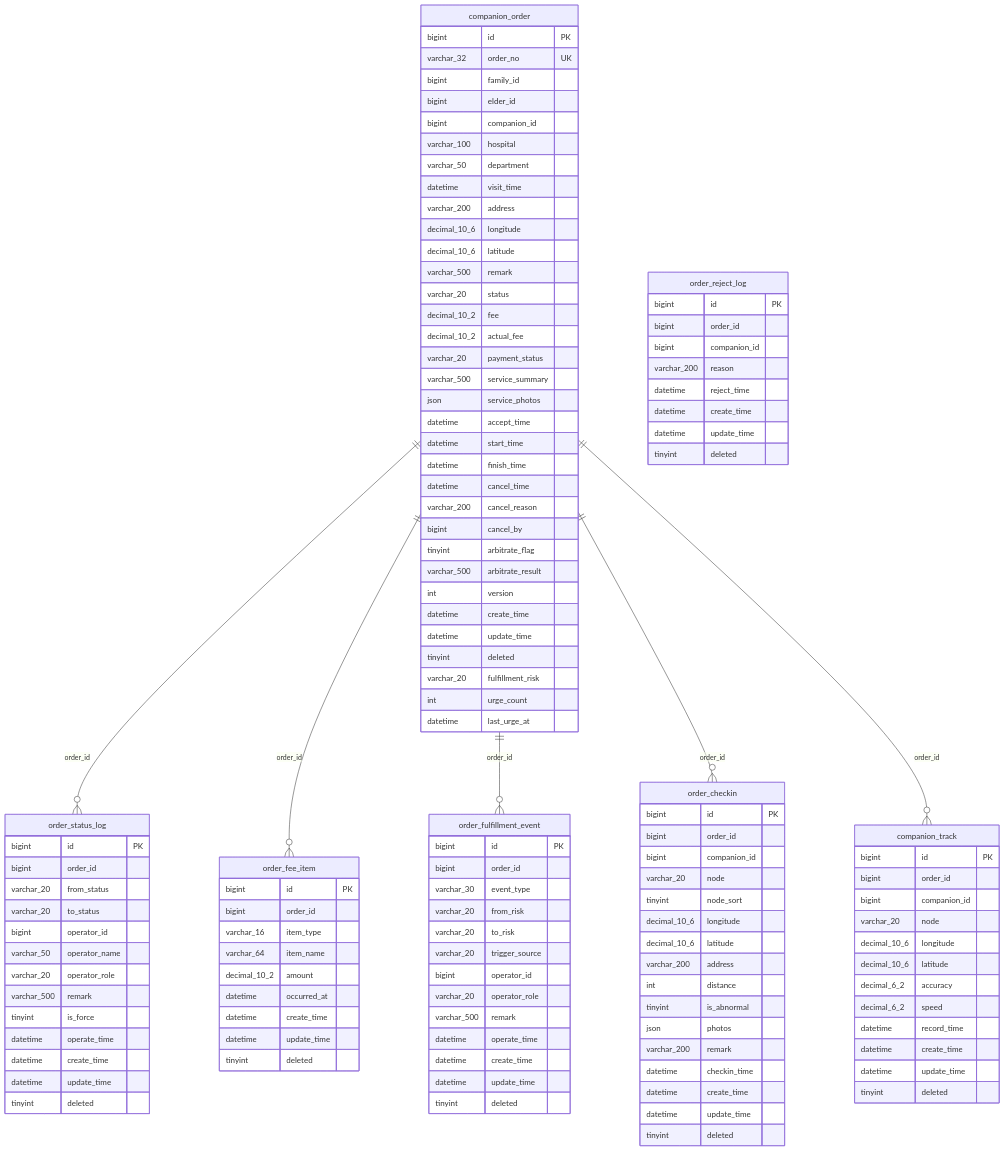
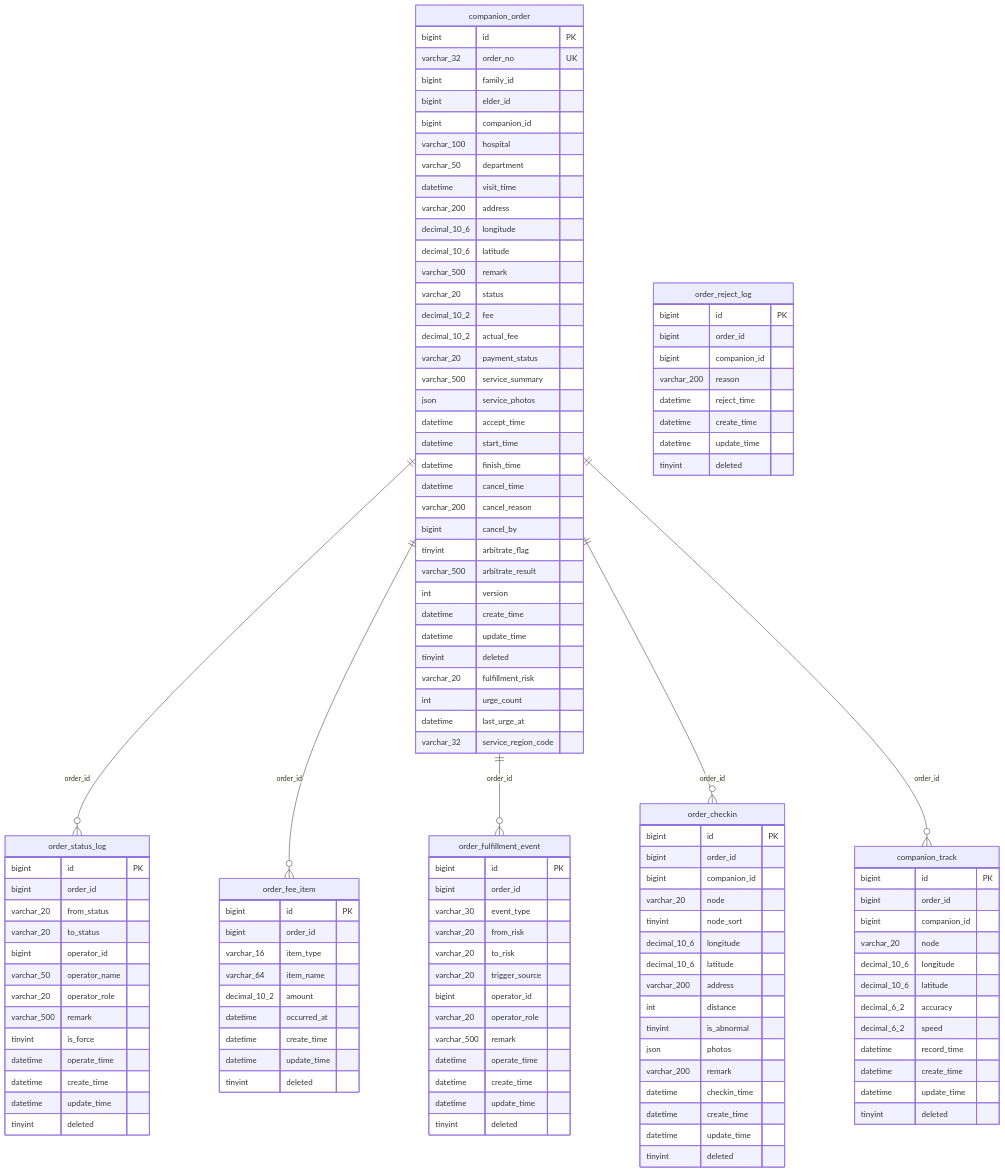
The fourth of 7 diagrams in docs/db/01-ER图.md (wangpanbin/Senior-Companion-Health-Assessment), drawn with Mermaid before and after one commit. The commit also changed other lines of this file and 63 other files, not shown here.

```diff
--- a/docs/db/01-ER图.md
+++ b/docs/db/01-ER图.md
@@ -277,6 +293,7 @@
         varchar_20 fulfillment_risk
         int urge_count
         datetime last_urge_at
+        varchar_32 service_region_code
     }
     order_status_log {
         bigint id PK
```
